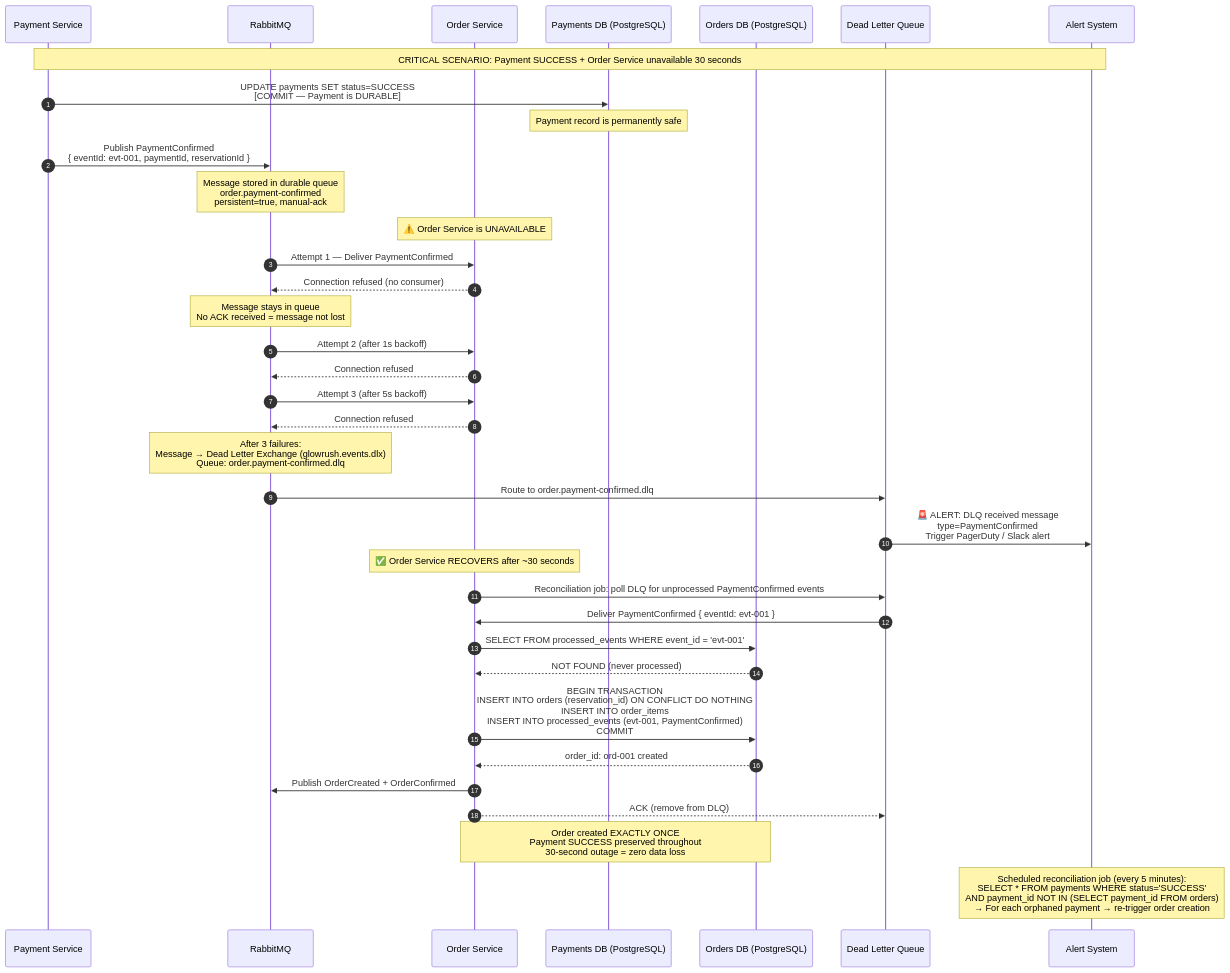
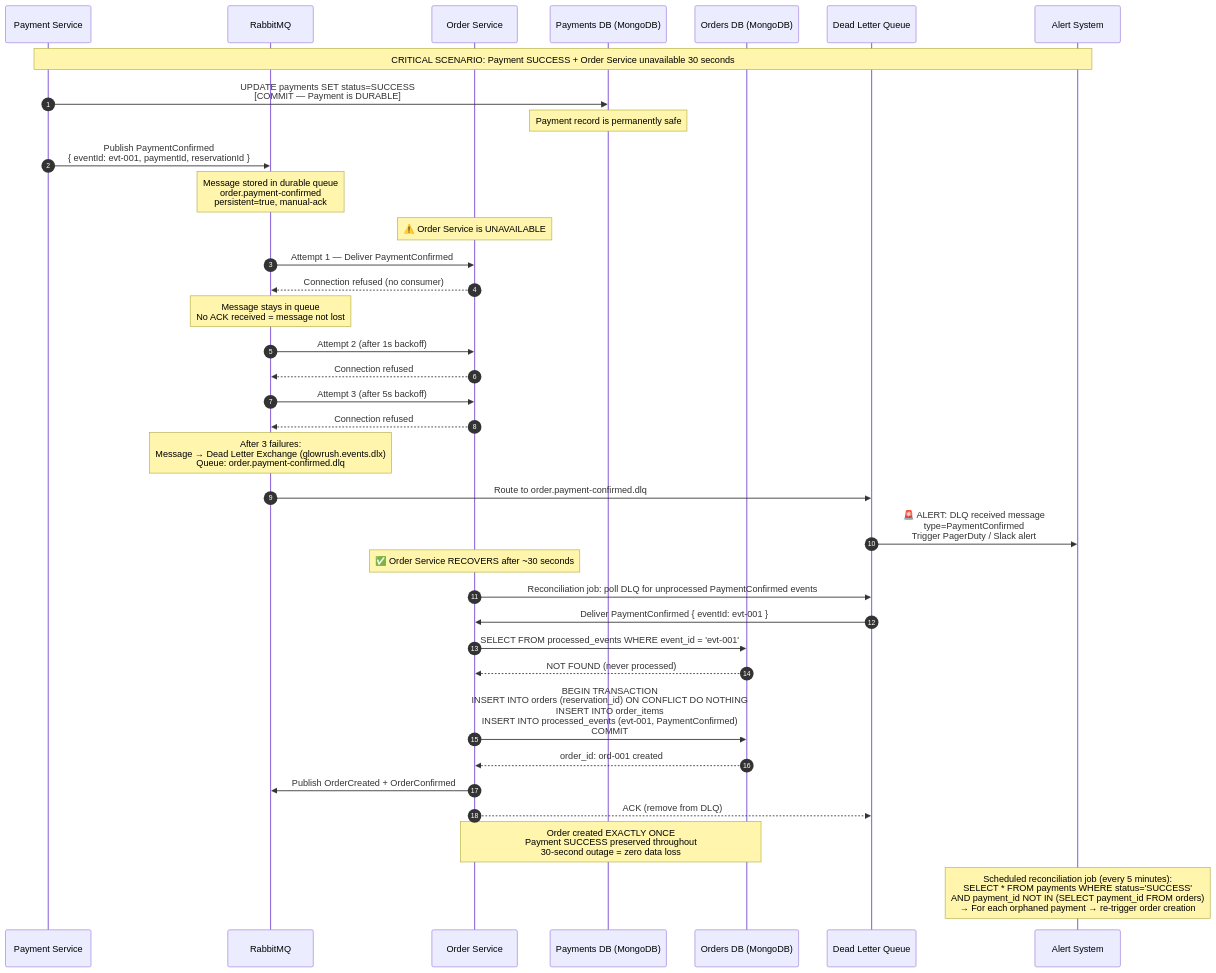
Before and after one commit to DharunKumar-K/sd: the third of 4 diagrams in 03_LLD/12_PAYMENT_ORDER_SEQUENCE_DIAGRAMS.md, drawn with Mermaid. The commit also changed other lines of this file and 40 other files, not shown here.

Commit message:
chore: migrate architecture documentation from PostgreSQL to MongoDB as per ADR-MONGODB-001

````diff
--- a/03_LLD/12_PAYMENT_ORDER_SEQUENCE_DIAGRAMS.md
+++ b/03_LLD/12_PAYMENT_ORDER_SEQUENCE_DIAGRAMS.md
@@ -150,57 +150,57 @@
 ```mermaid
 sequenceDiagram
     autonumber
     participant PS as Payment Service
     participant MQ as RabbitMQ
     participant OS as Order Service
-    participant DB_PS as Payments DB (PostgreSQL)
-    participant DB_OS as Orders DB (PostgreSQL)
+    participant DB_PS as Payments DB (MongoDB)
+    participant DB_OS as Orders DB (MongoDB)
     participant DLQ as Dead Letter Queue
     participant ALERT as Alert System
 
     Note over PS,ALERT: CRITICAL SCENARIO: Payment SUCCESS + Order Service unavailable 30 seconds
 
     %% ─── PAYMENT COMPLETES ───
     PS->>DB_PS: UPDATE payments SET status=SUCCESS<br/>[COMMIT — Payment is DURABLE]
     Note over DB_PS: Payment record is permanently safe
 
     PS->>MQ: Publish PaymentConfirmed<br/>{ eventId: evt-001, paymentId, reservationId }
     Note over MQ: Message stored in durable queue<br/>order.payment-confirmed<br/>persistent=true, manual-ack
 
     %% ─── ORDER SERVICE IS DOWN ───
     Note over OS: ⚠️ Order Service is UNAVAILABLE
 
     MQ->>OS: Attempt 1 — Deliver PaymentConfirmed
     OS-->>MQ: Connection refused (no consumer)
     Note over MQ: Message stays in queue<br/>No ACK received = message not lost
 
     MQ->>OS: Attempt 2 (after 1s backoff)
     OS-->>MQ: Connection refused
 
     MQ->>OS: Attempt 3 (after 5s backoff)
     OS-->>MQ: Connection refused
 
     Note over MQ: After 3 failures:<br/>Message → Dead Letter Exchange (glowrush.events.dlx)<br/>Queue: order.payment-confirmed.dlq
     MQ->>DLQ: Route to order.payment-confirmed.dlq
     DLQ->>ALERT: 🚨 ALERT: DLQ received message<br/>type=PaymentConfirmed<br/>Trigger PagerDuty / Slack alert
 
     %% ─── ORDER SERVICE RECOVERS ───
     Note over OS: ✅ Order Service RECOVERS after ~30 seconds
 
     OS->>DLQ: Reconciliation job: poll DLQ for unprocessed PaymentConfirmed events
     DLQ->>OS: Deliver PaymentConfirmed { eventId: evt-001 }
 
     OS->>DB_OS: SELECT FROM processed_events WHERE event_id = 'evt-001'
     DB_OS-->>OS: NOT FOUND (never processed)
 
     OS->>DB_OS: BEGIN TRANSACTION<br/>INSERT INTO orders (reservation_id) ON CONFLICT DO NOTHING<br/>INSERT INTO order_items<br/>INSERT INTO processed_events (evt-001, PaymentConfirmed)<br/>COMMIT
     DB_OS-->>OS: order_id: ord-001 created
 
     OS->>MQ: Publish OrderCreated + OrderConfirmed
     OS-->>DLQ: ACK (remove from DLQ)
 
     Note over OS,DB_OS: Order created EXACTLY ONCE<br/>Payment SUCCESS preserved throughout<br/>30-second outage = zero data loss
 
     %% ─── RECONCILIATION JOB (BACKGROUND) ───
     Note over ALERT: Scheduled reconciliation job (every 5 minutes):<br/>SELECT * FROM payments WHERE status='SUCCESS'<br/>AND payment_id NOT IN (SELECT payment_id FROM orders)<br/>→ For each orphaned payment → re-trigger order creation
 ```
````
